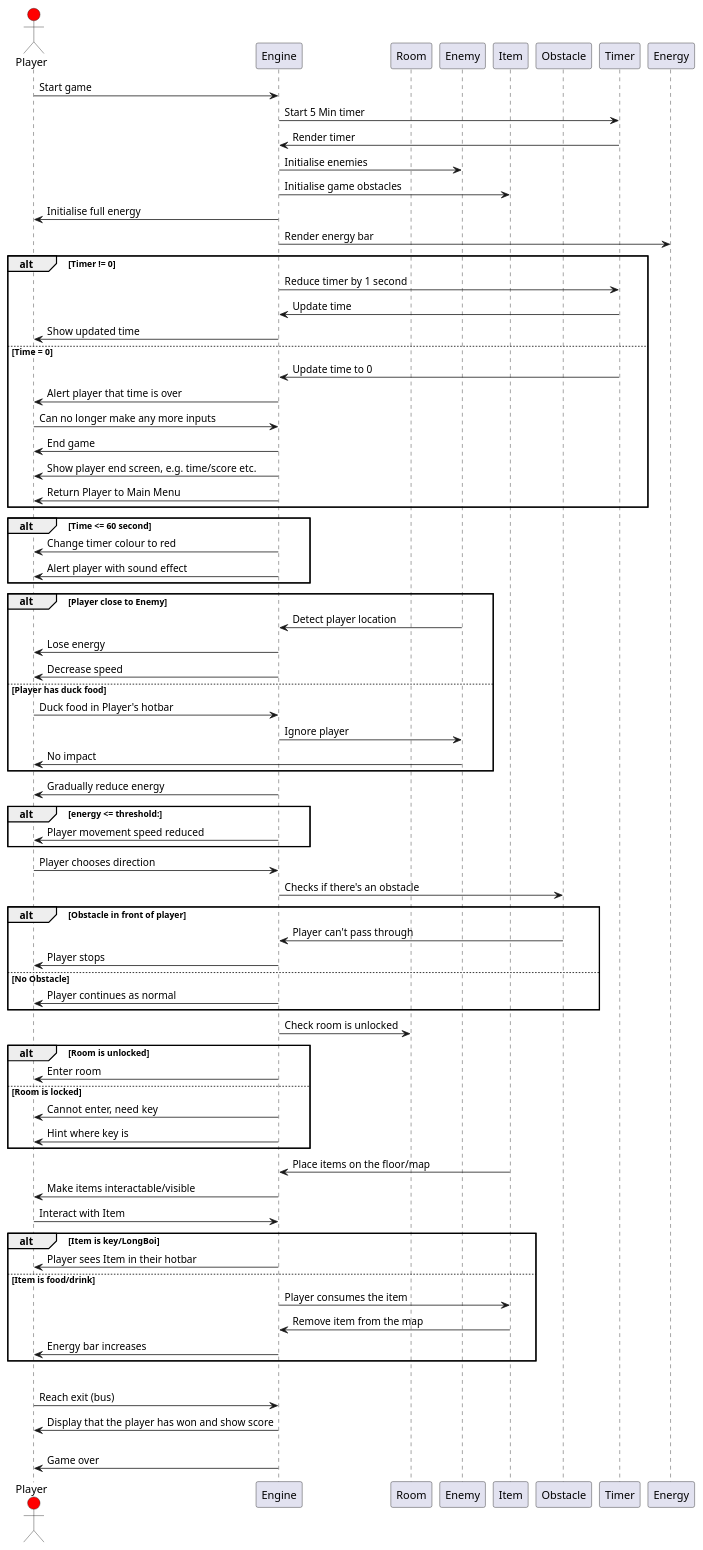
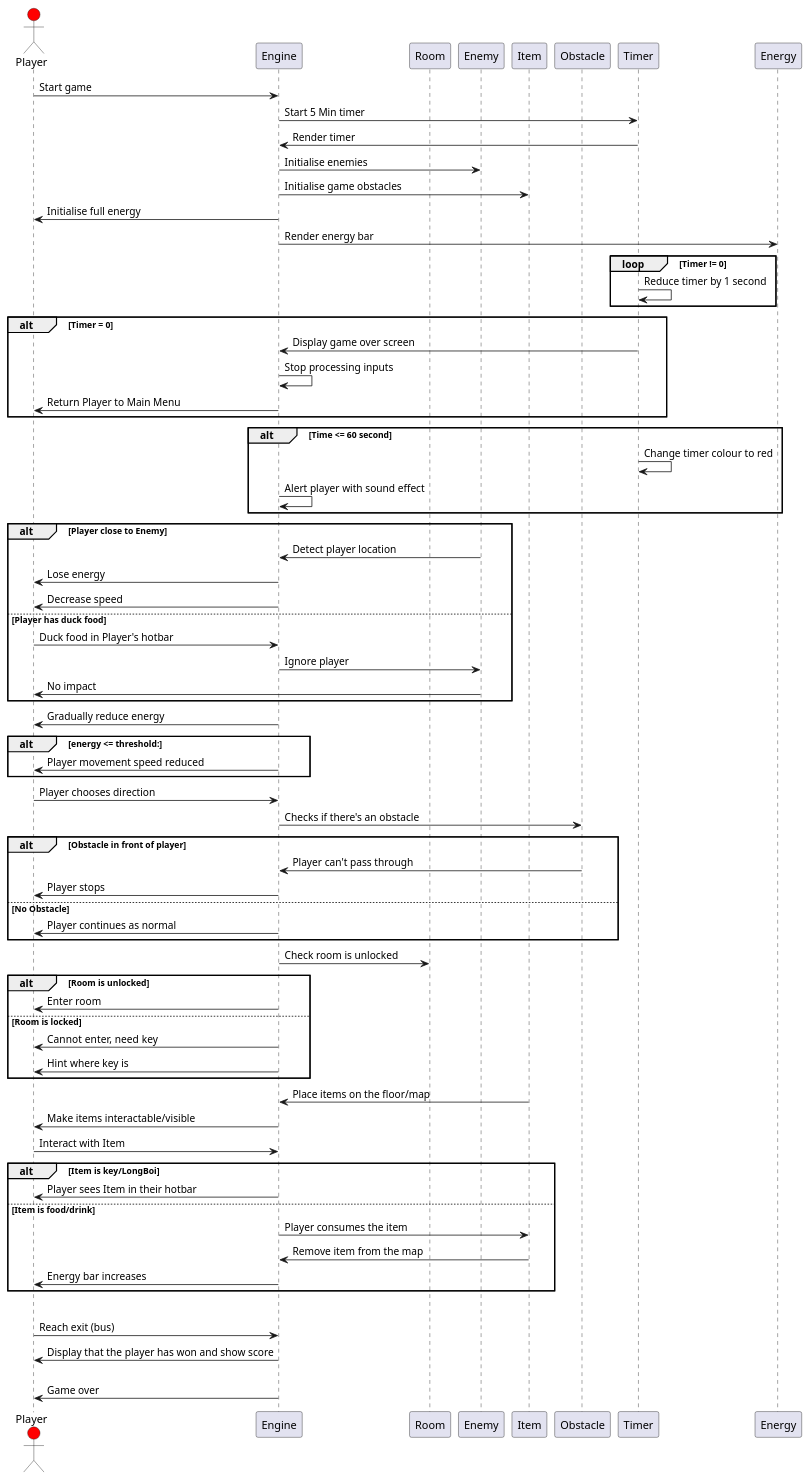
Before and after one commit to WHALES-ENG1/WHALES-Assets: the diagram in Architecture/structuralMain.puml, drawn with PlantUML.

Commit message:
Tidied Timer

```diff
--- a/Architecture/structuralMain.puml
+++ b/Architecture/structuralMain.puml
@@ -1,141 +1,131 @@
 @startuml structuralDiagram
 
 'separate diagram for main menu? i.e. settings leaderboard'
 
 'participants: player, room, engine, goose'
 'sequence diagram - mainly decisions'
 
 actor Player #Red
 participant Engine
 participant Room
 participant Enemy
 participant Item
 participant Obstacle
 participant Timer
 
 
 'start of the game'
 
 Player -> Engine: Start game
 Engine -> Timer: Start 5 Min timer
 Timer -> Engine: Render timer
 
 
 'creation of the maze
 
 Engine -> Enemy: Initialise enemies
 Engine -> Item: Initialise game obstacles
 Engine -> Player: Initialise full energy
 Engine -> Energy: Render energy bar
 
 'timer:'
 
-alt Timer != 0
-    Engine -> Timer: Reduce timer by 1 second
-    Timer -> Engine: Update time
-    Engine -> Player: Show updated time
+loop Timer != 0
+    Timer -> Timer: Reduce timer by 1 second
+end
 
-else Time = 0
-
-    'make more detailed - i.e if the player has won or not:'
-    'also add colour changes for important times, e.g. 1 min left'
-
-    Timer -> Engine: Update time to 0
-    Engine -> Player: Alert player that time is over
-    Player -> Engine: Can no longer make any more inputs
-    Engine -> Player: End game
-    Engine -> Player: Show player end screen, e.g. time/score etc.
+alt Timer = 0
+    Timer -> Engine: Display game over screen
+    Engine -> Engine: Stop processing inputs
     Engine -> Player: Return Player to Main Menu
-
 end
 
 alt Time <= 60 second
-    Engine -> Player: Change timer colour to red
-    Engine -> Player: Alert player with sound effect
-
+    Timer -> Timer: Change timer colour to red
+    Engine -> Engine: Alert player with sound effect
 end
 
 
 'goose (enemy):'
 
 alt Player close to Enemy
     Enemy -> Engine: Detect player location
     Engine -> Player: Lose energy
     Engine -> Player: Decrease speed
 
 else Player has duck food
     Player -> Engine: Duck food in Player's hotbar
     Engine -> Enemy: Ignore player
     Enemy -> Player: No impact
 
 end
 
 
 'energy system'
 
 Engine -> Player: Gradually reduce energy
 
 alt energy <= threshold:
     Engine -> Player: Player movement speed reduced
 
 end
 
 
 'player movement:'
 
 Player -> Engine: Player chooses direction
 Engine -> Obstacle: Checks if there's an obstacle
 
 alt Obstacle in front of player
     Obstacle -> Engine: Player can't pass through
     Engine -> Player: Player stops
 
 else No Obstacle
     Engine -> Player: Player continues as normal
 
 end
 
 
 'rooms/doors
 
 Engine -> Room: Check room is unlocked
 
 alt Room is unlocked
     Engine -> Player: Enter room
 
 else Room is locked
     Engine -> Player: Cannot enter, need key
     Engine -> Player: Hint where key is
 
 end
 
 
 'items:'
 
 Item -> Engine: Place items on the floor/map
 Engine -> Player: Make items interactable/visible
 
 Player -> Engine: Interact with Item
 
 alt Item is key/LongBoi
     Engine -> Player: Player sees Item in their hotbar
 
 else Item is food/drink
     Engine -> Item: Player consumes the item
     Item -> Engine: Remove item from the map
     Engine -> Player: Energy bar increases
 
 end
 
 
 'player wins the game (longboi is returned and make the bus):'
 
 alt Player has LongBoi and Time != 0
     Player -> Engine: Reach exit (bus)
     Engine -> Player: Display that the player has won and show score
 
 else Player doesn't have LongBoi or time = 0
     Engine -> Player: Game over
 
 
 @enduml
```
